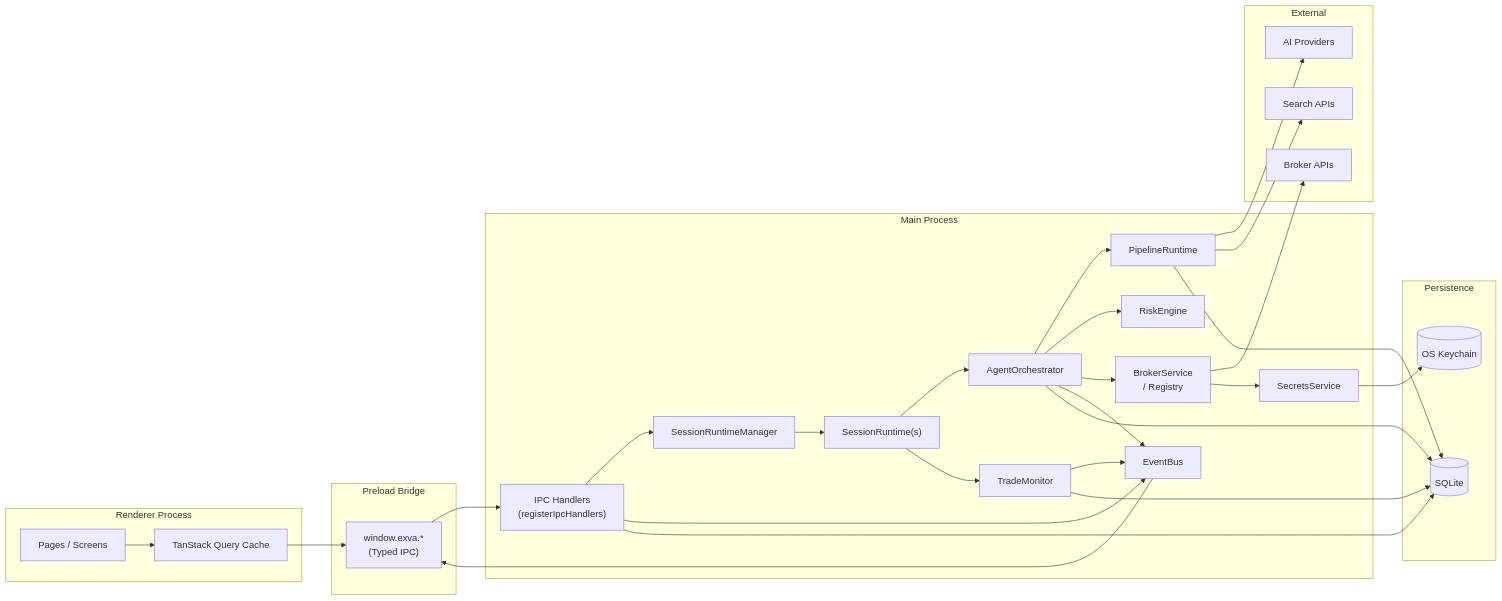
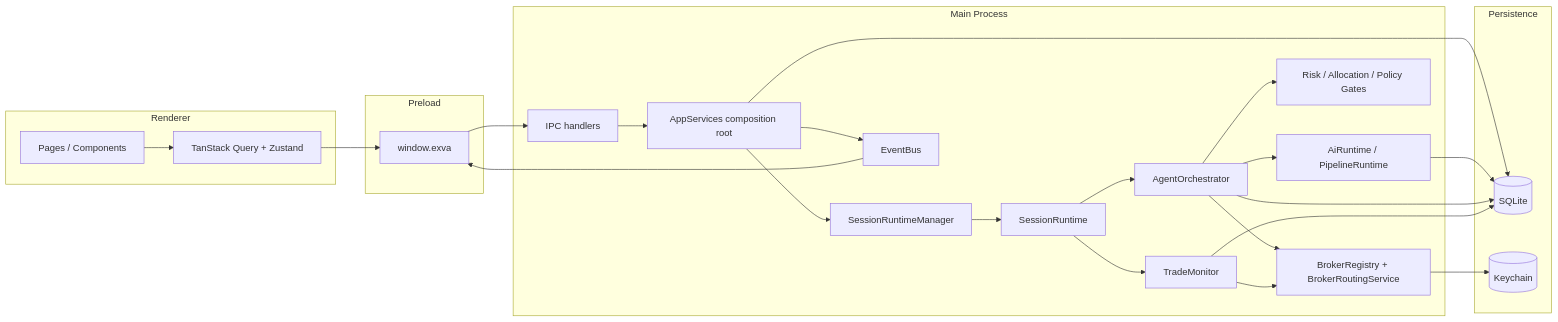
The second of 16 diagrams in docs/architecture/ai-runtime.md (KennethAtchon/Exva), drawn with Mermaid before and after one commit. The commit also changed other lines of this file and 42 other files, not shown here.

````diff
--- a/docs/architecture/ai-runtime.md
+++ b/docs/architecture/ai-runtime.md
@@ -88,52 +82,40 @@
 ```mermaid
 graph LR
-    subgraph Renderer["Renderer Process"]
-        Pages["Pages / Screens"]
-        Store["TanStack Query Cache"]
+    subgraph Renderer["Renderer"]
+        UI["Pages / Components"]
+        Stores["TanStack Query + Zustand"]
     end
-    subgraph Preload["Preload Bridge"]
-        Bridge["window.exva.*\n(Typed IPC)"]
+    subgraph Preload["Preload"]
+        API["window.exva"]
     end
     subgraph Main["Main Process"]
-        IPC["IPC Handlers\n(registerIpcHandlers)"]
-        SM["SessionRuntimeManager"]
-        SR["SessionRuntime(s)"]
+        IPC["IPC handlers"]
+        Services["AppServices composition root"]
+        SRM["SessionRuntimeManager"]
+        Runtime["SessionRuntime"]
         AO["AgentOrchestrator"]
         TM["TradeMonitor"]
-        PR["PipelineRuntime"]
+        AIR["AiRuntime / PipelineRuntime"]
+        Gates["Risk / Allocation / Policy Gates"]
+        Broker["BrokerRegistry + BrokerRoutingService"]
         EB["EventBus"]
-        RK["RiskEngine"]
-        BA["BrokerService\n/ Registry"]
-        SS["SecretsService"]
     end
-    subgraph Storage["Persistence"]
-        DB[("SQLite")]
-        KC[("OS Keychain")]
-    end
-    subgraph External["External"]
-        AIprov["AI Providers"]
-        Brokers["Broker APIs"]
-        SearchProv["Search APIs"]
+    subgraph Persistence["Persistence"]
+        SQLite[("SQLite")]
+        Keychain[("Keychain")]
     end
 
-    Pages --> Store --> Bridge --> IPC
-    IPC --> SM
-    SM --> SR
-    SR --> AO
-    SR --> TM
-    AO --> PR
-    PR --> AIprov
-    PR --> SearchProv
-    AO --> RK
-    AO --> BA
-    BA --> Brokers
-    IPC --> EB
-    AO --> EB
-    TM --> EB
-    EB --> Bridge
-    IPC --> DB
-    AO --> DB
-    PR --> DB
-    TM --> DB
-    BA --> SS --> KC
+    UI --> Stores --> API --> IPC --> Services
+    Services --> SRM --> Runtime
+    Runtime --> AO --> AIR
+    Runtime --> TM
+    AO --> Gates
+    AO --> Broker
+    TM --> Broker
+    Services --> SQLite
+    AIR --> SQLite
+    AO --> SQLite
+    TM --> SQLite
+    Broker --> Keychain
+    Services --> EB --> API
 ```
````
